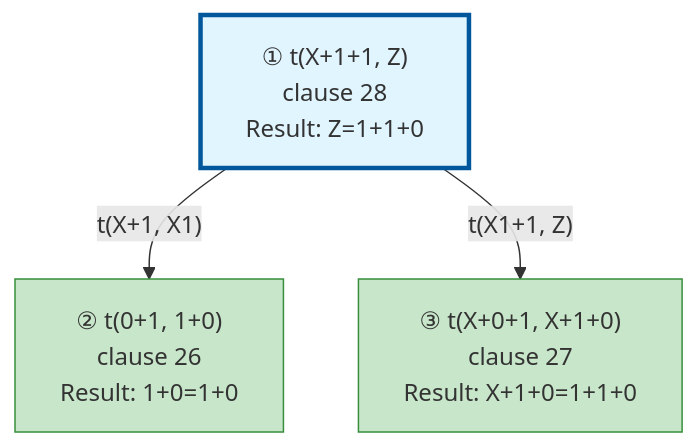
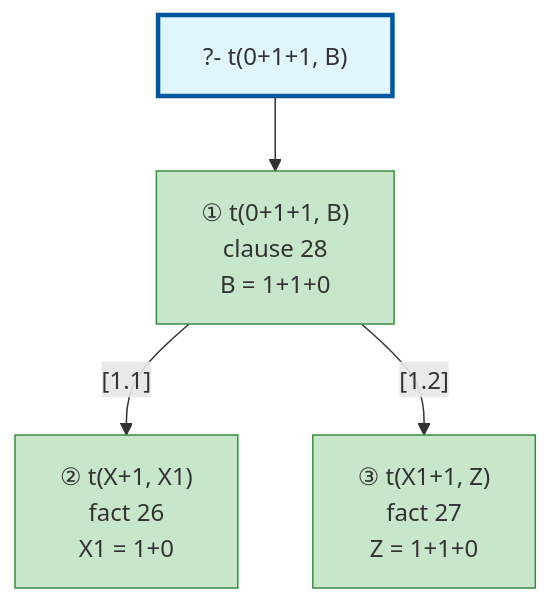
Before and after one commit to textologylabs/prolog-trace-viz: the diagram in examples/3_3_operators-output.md, drawn with Mermaid. The commit also changed 8 other files, not shown here.

First line of the commit message:
🐛 render the Mermaid call tree from the timeline, not the level-keyed builder

````diff
--- a/examples/3_3_operators-output.md
+++ b/examples/3_3_operators-output.md
@@ -48,17 +48,20 @@
 ```mermaid
 graph TD
 
 %% Nodes
-A["① t(X+1+1, Z)<br/>clause 28<br/>Result: Z=1+1+0"]
-B["② t(0+1, 1+0)<br/>clause 26<br/>Result: 1+0=1+0"]
-C["③ t(X+0+1, X+1+0)<br/>clause 27<br/>Result: X+1+0=1+1+0"]
+A["?- t(0+1+1, B)"]
+B["① t(0+1+1, B)<br/>clause 28<br/>B = 1+1+0"]
+C["② t(X+1, X1)<br/>fact 26<br/>X1 = 1+0"]
+D["③ t(X1+1, Z)<br/>fact 27<br/>Z = 1+1+0"]
 
 %% Edges
-A -->|"t(X+1, X1)"| B
-A -->|"t(X1+1, Z)"| C
+A --> B
+B -->|"[1.1]"| C
+B -->|"[1.2]"| D
 
 %% Styles
 style A fill:#e1f5ff,stroke:#01579b,stroke-width:3px
 style B fill:#c8e6c9,stroke:#388e3c
 style C fill:#c8e6c9,stroke:#388e3c
+style D fill:#c8e6c9,stroke:#388e3c
 ```
````
